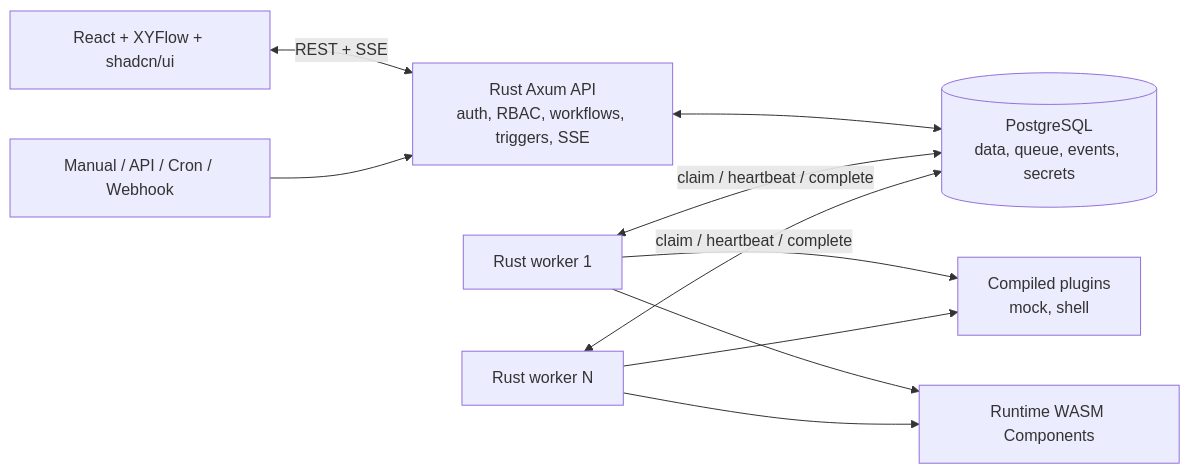
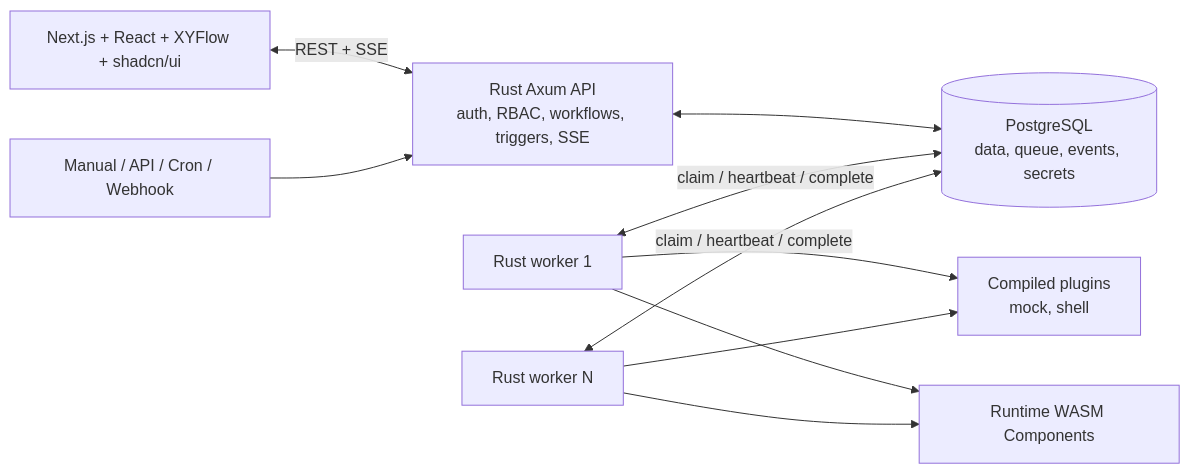
One commit to PePoDev/corqty changed the diagram in docs/superpowers/specs/2026-07-28-corqty-workflow-orchestrator-design.md. Above: the diagram before and after it, drawn with Mermaid. The commit also changed other lines of this file and 2 other files, not shown here.

````diff
--- a/docs/superpowers/specs/2026-07-28-corqty-workflow-orchestrator-design.md
+++ b/docs/superpowers/specs/2026-07-28-corqty-workflow-orchestrator-design.md
@@ -47,21 +47,21 @@
 ```mermaid
 flowchart LR
-    Browser["React + XYFlow + shadcn/ui"]
+    Browser["Next.js + React + XYFlow + shadcn/ui"]
     Trigger["Manual / API / Cron / Webhook"]
     API["Rust Axum API<br/>auth, RBAC, workflows, triggers, SSE"]
     DB[("PostgreSQL<br/>data, queue, events, secrets")]
     W1["Rust worker 1"]
     W2["Rust worker N"]
     Builtin["Compiled plugins<br/>mock, shell"]
     Wasm["Runtime WASM Components"]
 
     Browser <-->|REST + SSE| API
     Trigger --> API
     API <--> DB
     W1 <-->|claim / heartbeat / complete| DB
     W2 <-->|claim / heartbeat / complete| DB
     W1 --> Builtin
     W1 --> Wasm
     W2 --> Builtin
     W2 --> Wasm
 ```
````
